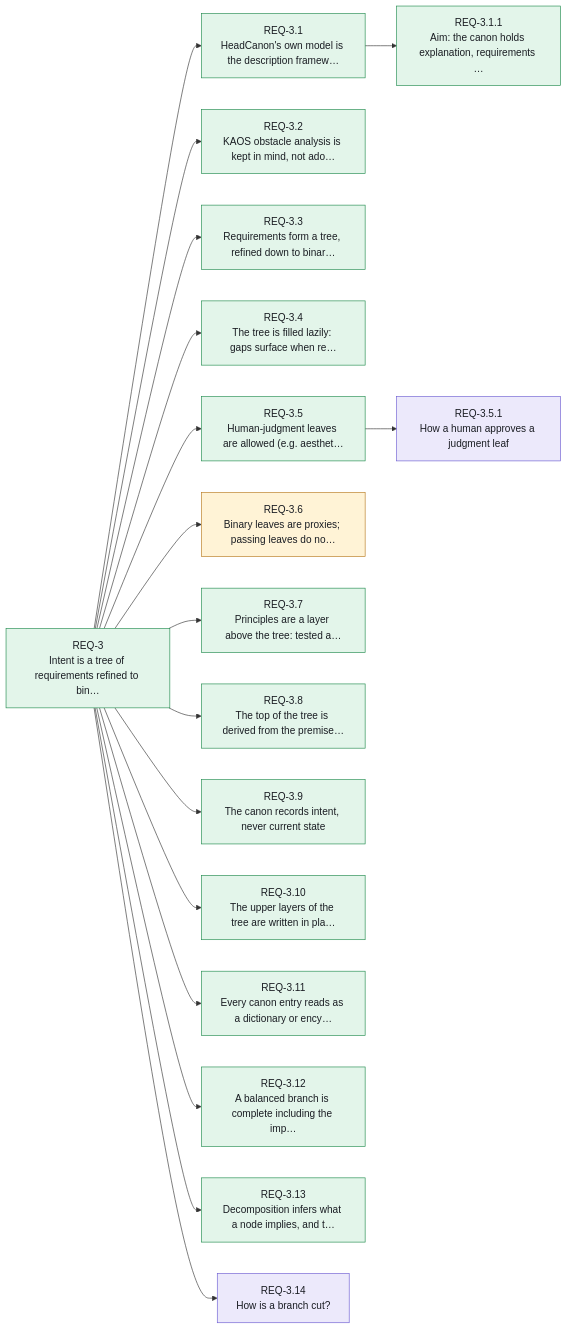
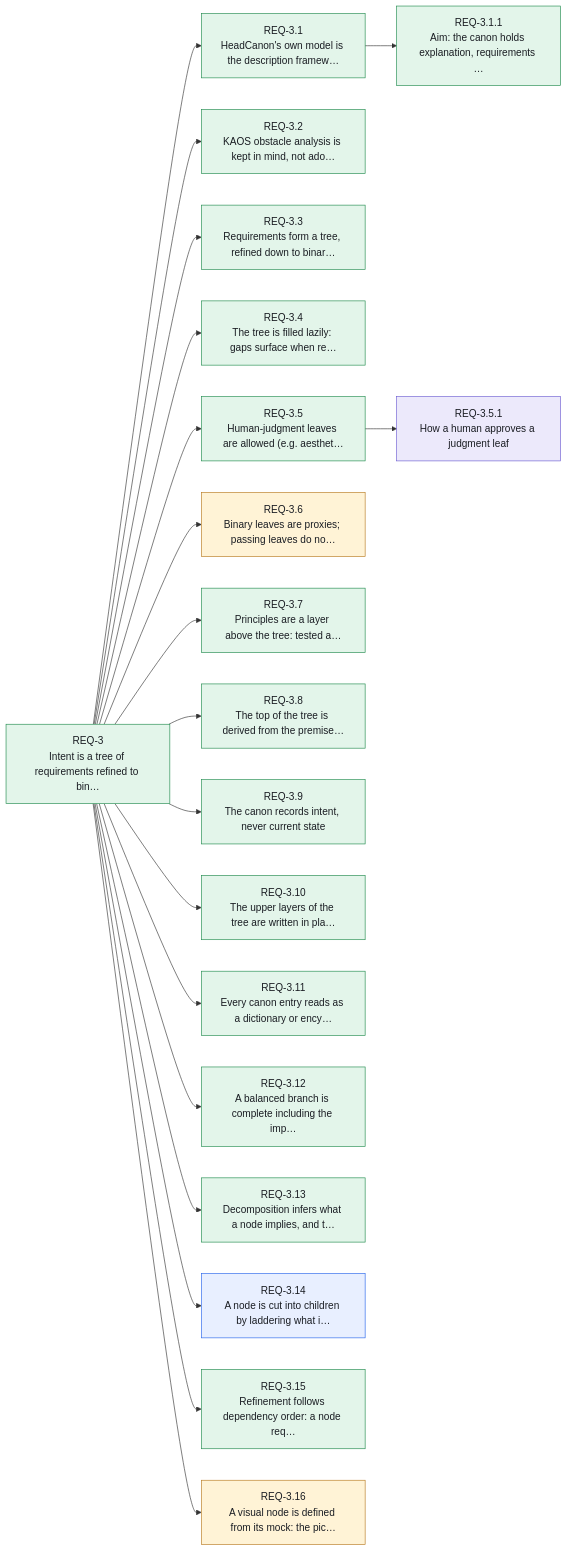
The fourth of 14 diagrams in canon/INDEX.md (Althis/headcanon), drawn with Mermaid before and after one commit. The commit also changed other lines of this file and 14 other files, not shown here.

````diff
--- a/canon/INDEX.md
+++ b/canon/INDEX.md
@@ -271,41 +279,45 @@
 ```mermaid
 flowchart LR
     REQ_3["REQ-3<br/>Intent is a tree of requirements refined to bin…"]:::stated
     REQ_3_1["REQ-3.1<br/>HeadCanon's own model is the description framew…"]:::stated
     REQ_3_1_1["REQ-3.1.1<br/>Aim: the canon holds explanation, requirements …"]:::stated
     REQ_3_2["REQ-3.2<br/>KAOS obstacle analysis is kept in mind, not ado…"]:::stated
     REQ_3_3["REQ-3.3<br/>Requirements form a tree, refined down to binar…"]:::stated
     REQ_3_4["REQ-3.4<br/>The tree is filled lazily: gaps surface when re…"]:::stated
     REQ_3_5["REQ-3.5<br/>Human-judgment leaves are allowed (e.g. aesthet…"]:::stated
     REQ_3_5_1["REQ-3.5.1<br/>How a human approves a judgment leaf"]:::open
     REQ_3_6["REQ-3.6<br/>Binary leaves are proxies; passing leaves do no…"]:::assumed
     REQ_3_7["REQ-3.7<br/>Principles are a layer above the tree: tested a…"]:::stated
     REQ_3_8["REQ-3.8<br/>The top of the tree is derived from the premise…"]:::stated
     REQ_3_9["REQ-3.9<br/>The canon records intent, never current state"]:::stated
     REQ_3_10["REQ-3.10<br/>The upper layers of the tree are written in pla…"]:::stated
     REQ_3_11["REQ-3.11<br/>Every canon entry reads as a dictionary or ency…"]:::stated
     REQ_3_12["REQ-3.12<br/>A balanced branch is complete including the imp…"]:::stated
     REQ_3_13["REQ-3.13<br/>Decomposition infers what a node implies, and t…"]:::stated
-    REQ_3_14["REQ-3.14<br/>How is a branch cut?"]:::open
+    REQ_3_14["REQ-3.14<br/>A node is cut into children by laddering what i…"]:::resolved
+    REQ_3_15["REQ-3.15<br/>Refinement follows dependency order: a node req…"]:::stated
+    REQ_3_16["REQ-3.16<br/>A visual node is defined from its mock: the pic…"]:::assumed
     REQ_3 --> REQ_3_1
     REQ_3_1 --> REQ_3_1_1
     REQ_3 --> REQ_3_2
     REQ_3 --> REQ_3_3
     REQ_3 --> REQ_3_4
     REQ_3 --> REQ_3_5
     REQ_3_5 --> REQ_3_5_1
     REQ_3 --> REQ_3_6
     REQ_3 --> REQ_3_7
     REQ_3 --> REQ_3_8
     REQ_3 --> REQ_3_9
     REQ_3 --> REQ_3_10
     REQ_3 --> REQ_3_11
     REQ_3 --> REQ_3_12
     REQ_3 --> REQ_3_13
     REQ_3 --> REQ_3_14
+    REQ_3 --> REQ_3_15
+    REQ_3 --> REQ_3_16
     classDef stated fill:#e3f5ea,stroke:#1f8a4c,color:#1a1d23
     classDef resolved fill:#e8efff,stroke:#2563eb,color:#1a1d23
     classDef assumed fill:#fff3d6,stroke:#b7791f,color:#1a1d23
     classDef open fill:#ece9fb,stroke:#6b5bd2,color:#1a1d23
     classDef contested fill:#fde7e8,stroke:#d13438,color:#1a1d23
 ```
````
